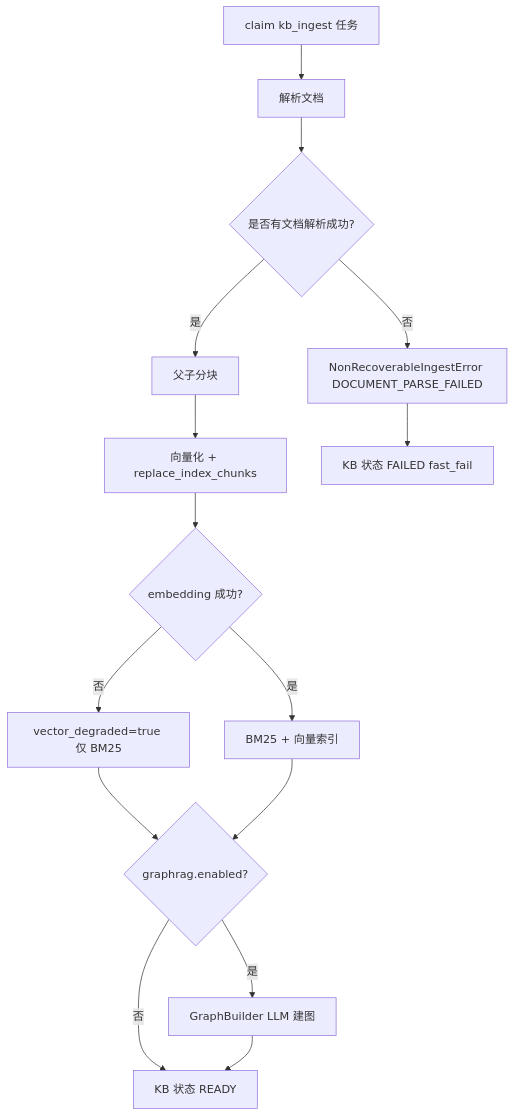
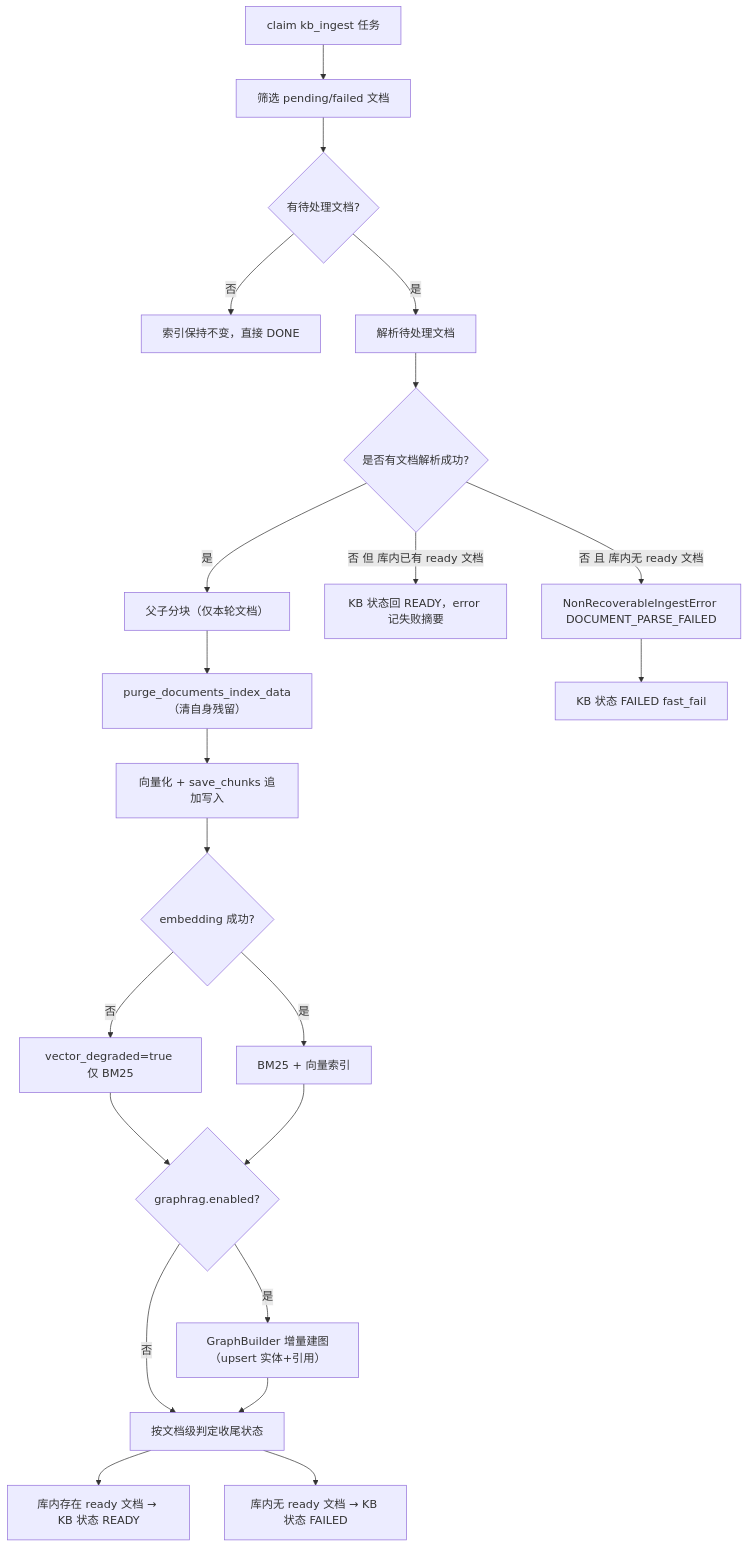
One commit to OceaLong/opencitadel changed the first of 2 diagrams in docs/architecture/knowledge-base-ingestion.zh-CN.md. Above: the diagram before and after it, drawn with Mermaid. The commit also changed other lines of this file and 28 other files, not shown here.

````diff
--- a/docs/architecture/knowledge-base-ingestion.zh-CN.md
+++ b/docs/architecture/knowledge-base-ingestion.zh-CN.md
@@ -26,17 +33,24 @@
 ```mermaid
 flowchart TD
-  Start["claim kb_ingest 任务"] --> Parse["解析文档"]
+  Start["claim kb_ingest 任务"] --> Select["筛选 pending/failed 文档"]
+  Select --> HasPending{"有待处理文档?"}
+  HasPending -->|"否"| NoOp["索引保持不变，直接 DONE"]
+  HasPending -->|"是"| Parse["解析待处理文档"]
   Parse --> ParseFail{"是否有文档解析成功?"}
-  ParseFail -->|"否"| NonRecov["NonRecoverableIngestError DOCUMENT_PARSE_FAILED"]
-  ParseFail -->|"是"| Chunk["父子分块"]
-  Chunk --> Embed["向量化 + replace_index_chunks"]
+  ParseFail -->|"否 且 库内无 ready 文档"| NonRecov["NonRecoverableIngestError DOCUMENT_PARSE_FAILED"]
+  ParseFail -->|"否 但 库内已有 ready 文档"| KeepReady["KB 状态回 READY，error 记失败摘要"]
+  ParseFail -->|"是"| Chunk["父子分块（仅本轮文档）"]
+  Chunk --> Purge["purge_documents_index_data（清自身残留）"]
+  Purge --> Embed["向量化 + save_chunks 追加写入"]
   Embed --> EmbedOk{"embedding 成功?"}
   EmbedOk -->|"否"| Degraded["vector_degraded=true 仅 BM25"]
   EmbedOk -->|"是"| Index["BM25 + 向量索引"]
   Degraded --> GraphCheck{"graphrag.enabled?"}
   Index --> GraphCheck
-  GraphCheck -->|"是"| Graph["GraphBuilder LLM 建图"]
-  GraphCheck -->|"否"| Ready["KB 状态 READY"]
-  Graph --> Ready
+  GraphCheck -->|"是"| Graph["GraphBuilder 增量建图（upsert 实体+引用）"]
+  GraphCheck -->|"否"| Finalize["按文档级判定收尾状态"]
+  Graph --> Finalize
+  Finalize --> Ready["库内存在 ready 文档 → KB 状态 READY"]
+  Finalize --> Failed2["库内无 ready 文档 → KB 状态 FAILED"]
   NonRecov --> Failed["KB 状态 FAILED fast_fail"]
 ```
````
